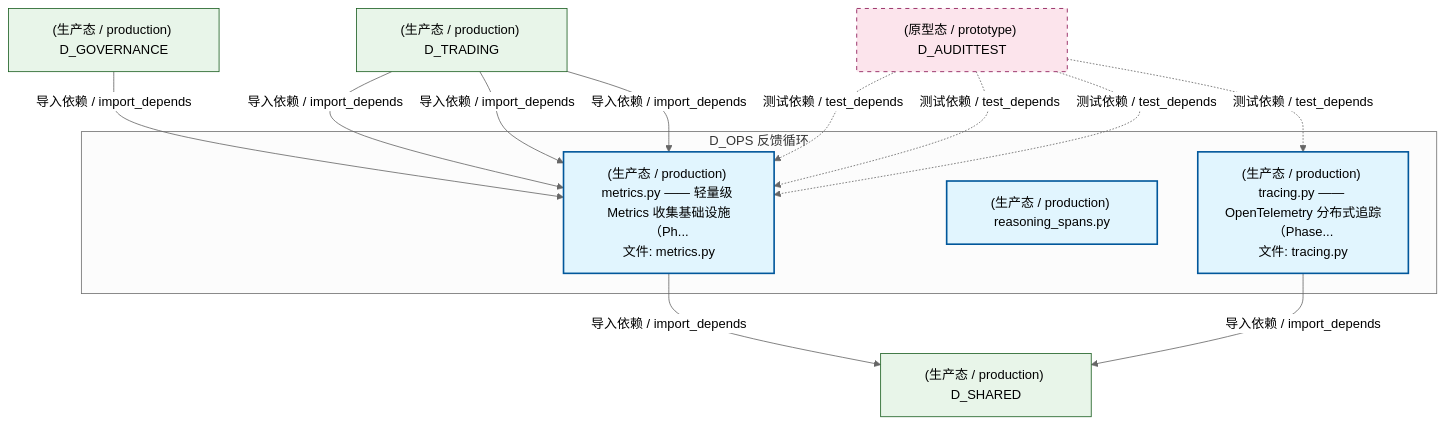
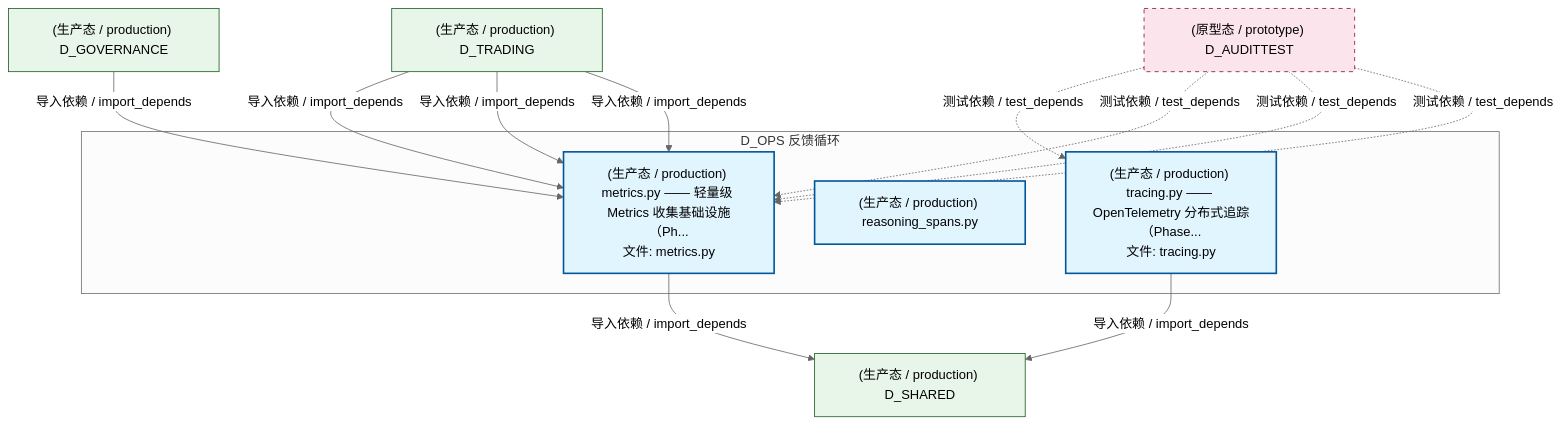
The second of 3 diagrams in docs/02_enterprise_architecture/02_domain_architecture_docs/15_d_ops.md (xuanFelixVan/ZephyrAlpha), drawn with Mermaid (neutral theme) before and after one commit. The commit also changed other lines of this file and 100 other files, not shown here.

````diff
--- a/docs/02_enterprise_architecture/02_domain_architecture_docs/15_d_ops.md
+++ b/docs/02_enterprise_architecture/02_domain_architecture_docs/15_d_ops.md
@@ -100,29 +100,29 @@
 ```mermaid
 graph TD
     subgraph D_OPS["D_OPS 反馈循环"]
         src_zephyr_shared_observability_metrics_py["(生产态 / production) metrics.py —— 轻量级 Metrics 收集基础设施（Ph...<br/>文件: metrics.py"]
         src_zephyr_shared_observability_reasoning_spans_py["(生产态 / production) reasoning_spans.py"]
         src_zephyr_shared_observability_tracing_py["(生产态 / production) tracing.py —— OpenTelemetry 分布式追踪（Phase...<br/>文件: tracing.py"]
     end
     D_SHARED["(生产态 / production) D_SHARED"]
+    src_zephyr_shared_observability_tracing_py -->|导入依赖 / import_depends| D_SHARED
     src_zephyr_shared_observability_metrics_py -->|导入依赖 / import_depends| D_SHARED
-    src_zephyr_shared_observability_tracing_py -->|导入依赖 / import_depends| D_SHARED
+    D_AUDITTEST["(原型态 / prototype) D_AUDITTEST"]
+    D_AUDITTEST -.->|测试依赖 / test_depends| src_zephyr_shared_observability_tracing_py
     D_GOVERNANCE["(生产态 / production) D_GOVERNANCE"]
     D_GOVERNANCE -->|导入依赖 / import_depends| src_zephyr_shared_observability_metrics_py
     D_TRADING["(生产态 / production) D_TRADING"]
     D_TRADING -->|导入依赖 / import_depends| src_zephyr_shared_observability_metrics_py
     D_TRADING -->|导入依赖 / import_depends| src_zephyr_shared_observability_metrics_py
     D_TRADING -->|导入依赖 / import_depends| src_zephyr_shared_observability_metrics_py
-    D_AUDITTEST["(原型态 / prototype) D_AUDITTEST"]
     D_AUDITTEST -.->|测试依赖 / test_depends| src_zephyr_shared_observability_metrics_py
     D_AUDITTEST -.->|测试依赖 / test_depends| src_zephyr_shared_observability_metrics_py
     D_AUDITTEST -.->|测试依赖 / test_depends| src_zephyr_shared_observability_metrics_py
-    D_AUDITTEST -.->|测试依赖 / test_depends| src_zephyr_shared_observability_tracing_py
     classDef production fill:#e1f5fe,stroke:#01579b,stroke-width:2px,color:#000
     classDef design fill:#fff3e0,stroke:#e65100,stroke-width:2px,color:#000,stroke-dasharray: 5 5
     classDef external_prod fill:#e8f5e9,stroke:#1b5e20,stroke-width:1px,color:#000
     classDef external_design fill:#fce4ec,stroke:#880e4f,stroke-width:1px,color:#000,stroke-dasharray: 5 5
     class src_zephyr_shared_observability_metrics_py,src_zephyr_shared_observability_reasoning_spans_py,src_zephyr_shared_observability_tracing_py production
     class D_SHARED,D_GOVERNANCE,D_TRADING external_prod
     class D_AUDITTEST external_design
 ```
````
